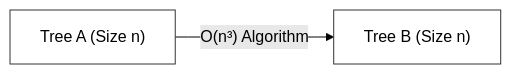
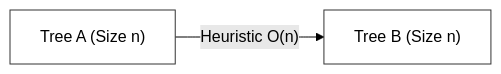
Before and after one commit to prakharp18/fdsheet: the diagram in docs/virtual-dom-diffing-complexity.md, drawn with Mermaid (forest theme). The commit also changed other lines of this file and 8 other files, not shown here.

````diff
--- a/docs/virtual-dom-diffing-complexity.md
+++ b/docs/virtual-dom-diffing-complexity.md
@@ -24,6 +41,6 @@
 ```mermaid
 graph LR
-    A["Tree A (Size n)"] -- "O(n³) Algorithm" --> B["Tree B (Size n)"]
+    A["Tree A (Size n)"] -- "Heuristic O(n)" --> B["Tree B (Size n)"]
     style A fill:#fff,stroke:#333
     style B fill:#fff,stroke:#333
 ```
````
